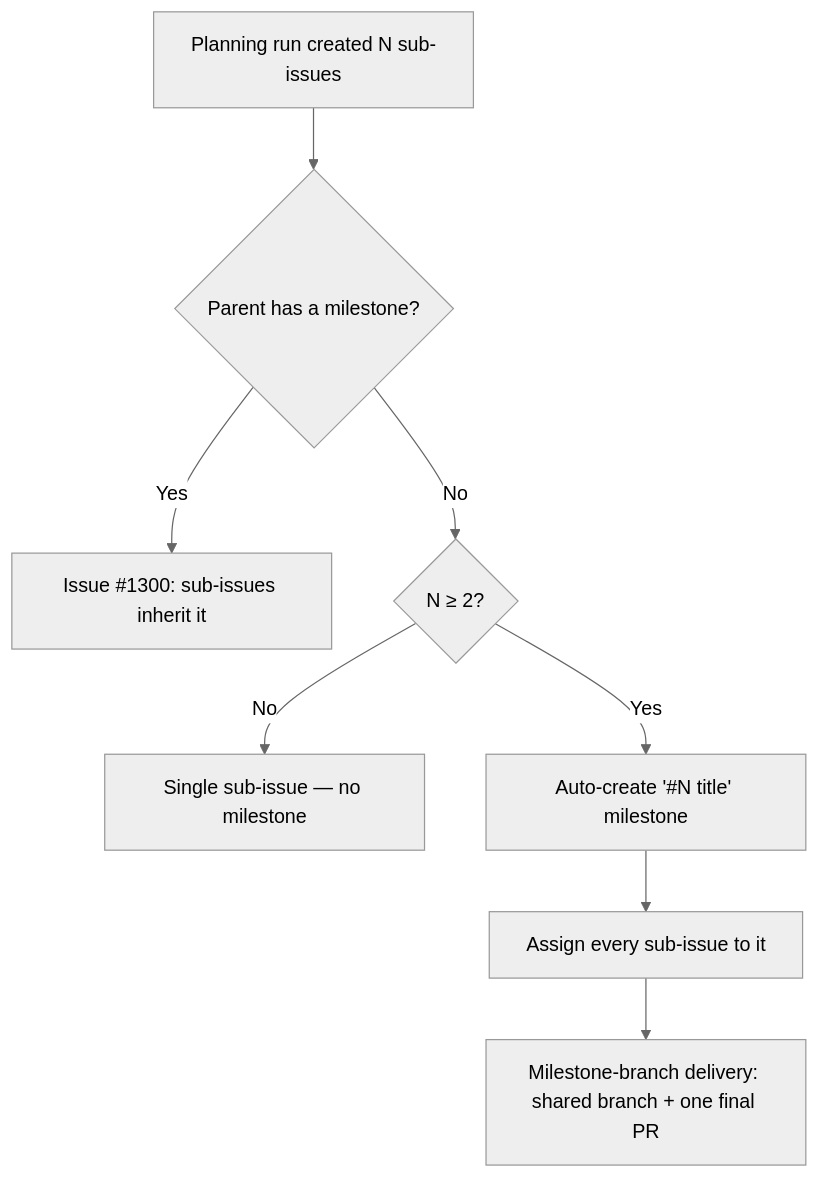
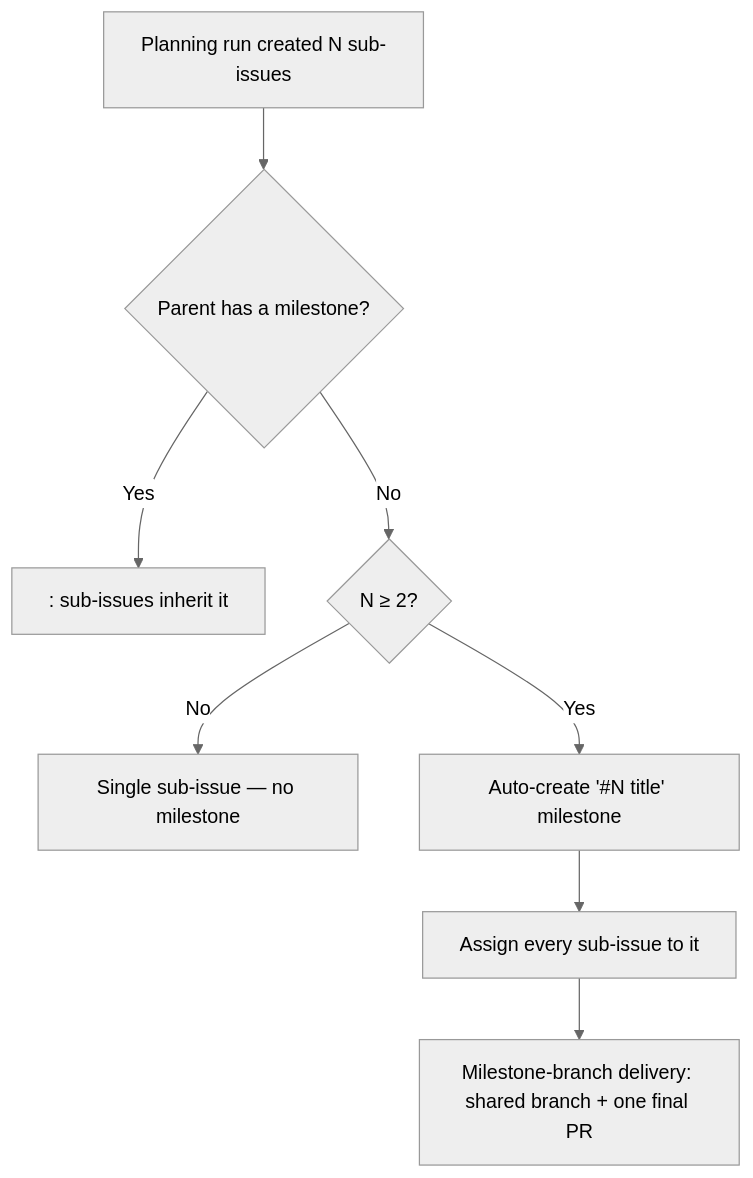
Before and after one commit to stSoftwareAU/VibeCoder: the third of 5 diagrams in docs/workflows/planning-and-questions.md, drawn with Mermaid (neutral theme). The commit also changed other lines of this file and 291 other files, not shown here.

````diff
--- a/docs/workflows/planning-and-questions.md
+++ b/docs/workflows/planning-and-questions.md
@@ -396,10 +396,10 @@
 ```mermaid
 flowchart TD
     A[Planning run created N sub-issues] --> B{Parent has a milestone?}
-    B -- Yes --> C[Issue #1300: sub-issues inherit it]
+    B -- Yes --> C[: sub-issues inherit it]
     B -- No --> D{N ≥ 2?}
     D -- No --> E[Single sub-issue — no milestone]
     D -- Yes --> F[Auto-create '#N title' milestone]
     F --> G[Assign every sub-issue to it]
     G --> H[Milestone-branch delivery: shared branch + one final PR]
 ```
````
